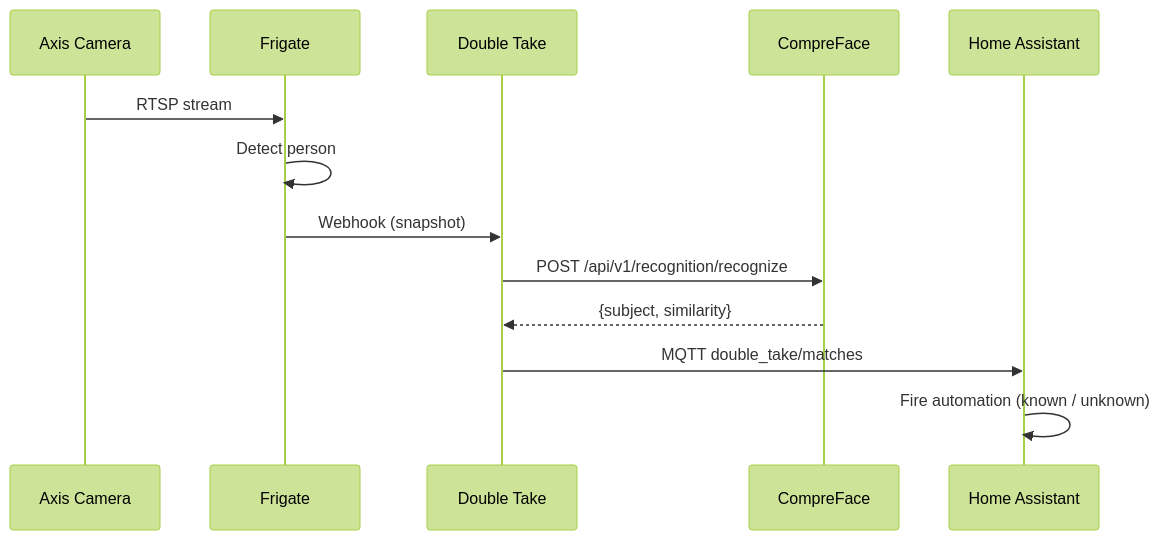
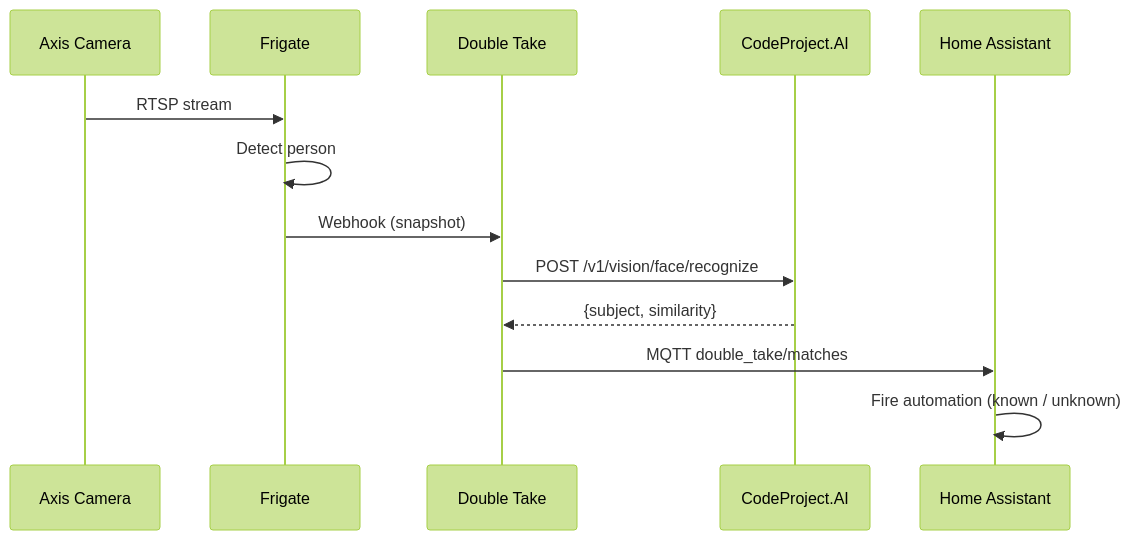
One commit to thomasdanielsson731/home-assistant-lab changed the third of 4 diagrams in docs/architecture/overview.md. Above: the diagram before and after it, drawn with Mermaid (forest theme). The commit also changed other lines of this file and 18 other files, not shown here.

First line of the commit message:
feat: bridge heartbeats, timeline add-on scaffold, docs cleanup

````diff
--- a/docs/architecture/overview.md
+++ b/docs/architecture/overview.md
@@ -121,16 +121,16 @@
 ```mermaid
 sequenceDiagram
     participant Cam as Axis Camera
     participant Fri as Frigate
     participant DT as Double Take
-    participant CF as CompreFace
+    participant CPAI as CodeProject.AI
     participant HA as Home Assistant
 
     Cam->>Fri: RTSP stream
     Fri->>Fri: Detect person
     Fri->>DT: Webhook (snapshot)
-    DT->>CF: POST /api/v1/recognition/recognize
-    CF-->>DT: {subject, similarity}
+    DT->>CPAI: POST /v1/vision/face/recognize
+    CPAI-->>DT: {subject, similarity}
     DT->>HA: MQTT double_take/matches
     HA->>HA: Fire automation (known / unknown)
 ```
````
